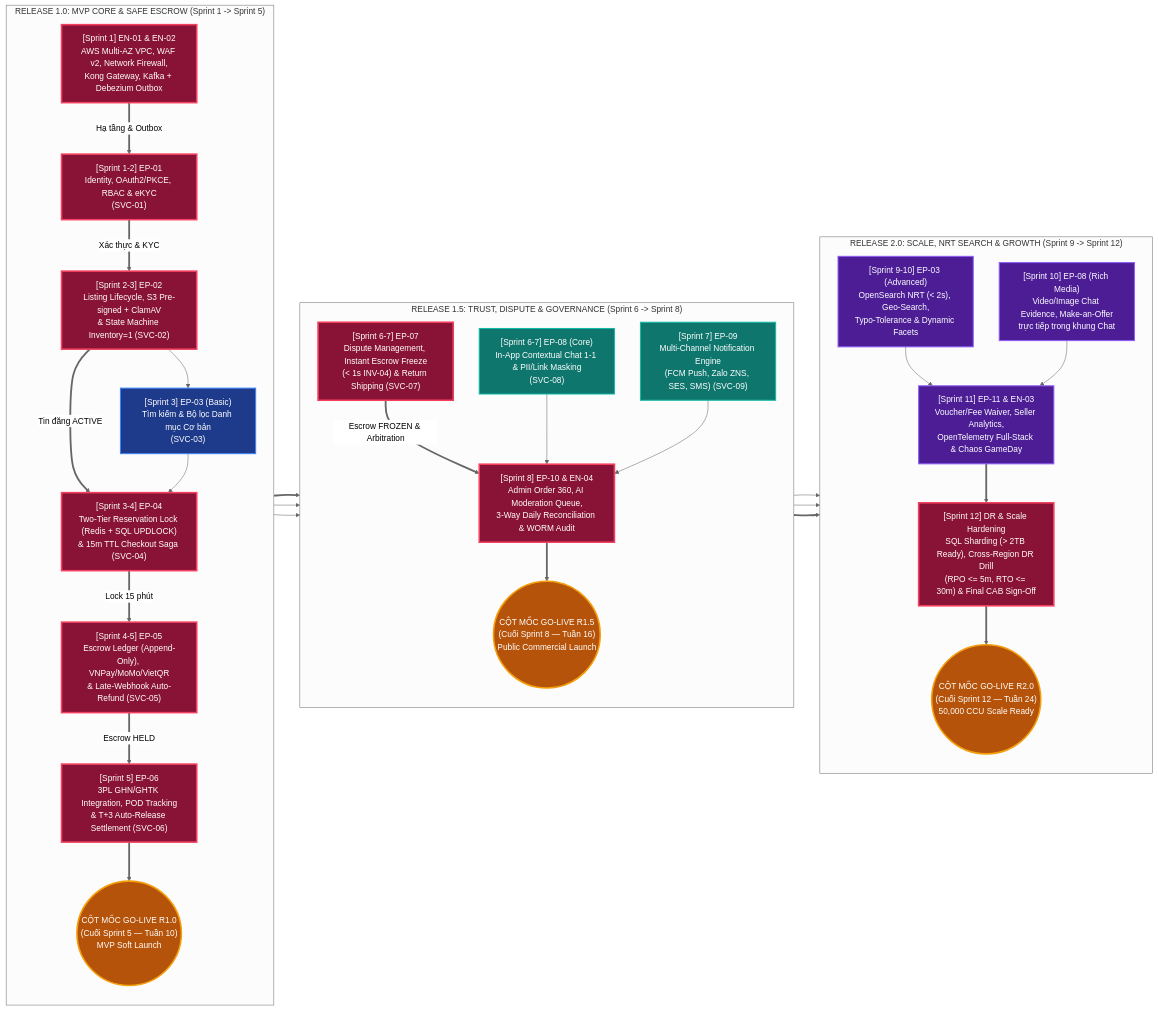
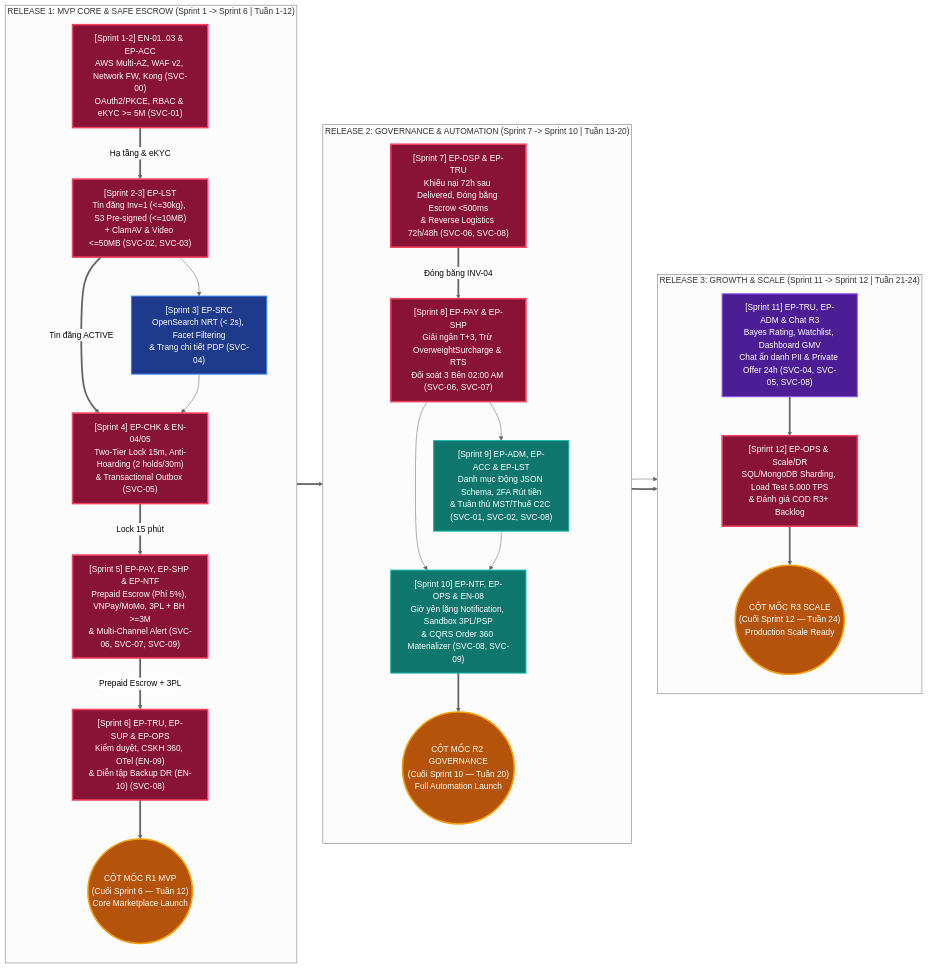
The fourth of 4 diagrams in docs/BA/09_architecture-and-process-diagrams/ci-cd-deployment-and-release-roadmap-diagrams.md (toanteng11/remarket-platform-system), drawn with Mermaid (neutral theme) before and after one commit. The commit also changed other lines of this file and 13 other files, not shown here.

Commit message:
docs(ba): harmonize business rules, resolve edge-case loopholes, and optimize architecture diagrams

````diff
--- a/docs/BA/09_architecture-and-process-diagrams/ci-cd-deployment-and-release-roadmap-diagrams.md
+++ b/docs/BA/09_architecture-and-process-diagrams/ci-cd-deployment-and-release-roadmap-diagrams.md
@@ -198,64 +198,56 @@
 ```mermaid
 flowchart LR
     classDef crit fill:#881337,stroke:#f43f5e,color:#ffffff,stroke-width:3px
     classDef r1 fill:#1e3a8a,stroke:#3b82f6,color:#ffffff,stroke-width:2px
     classDef r2 fill:#0f766e,stroke:#14b8a6,color:#ffffff,stroke-width:2px
     classDef r3 fill:#4c1d95,stroke:#8b5cf6,color:#ffffff,stroke-width:2px
     classDef mile fill:#b45309,stroke:#f59e0b,color:#ffffff,stroke-width:3px
 
-    subgraph SG_R1["RELEASE 1.0: MVP CORE & SAFE ESCROW (Sprint 1 -> Sprint 5)"]
+    subgraph SG_R1["RELEASE 1: MVP CORE & SAFE ESCROW (Sprint 1 -> Sprint 6 | Tuần 1-12)"]
         direction TB
-        S1_EN01["[Sprint 1] EN-01 & EN-02<br/>AWS Multi-AZ VPC, WAF v2, Network Firewall,<br/>Kong Gateway, Kafka + Debezium Outbox"]:::crit
-        S1_EP01["[Sprint 1-2] EP-01<br/>Identity, OAuth2/PKCE, RBAC & eKYC<br/>(SVC-01)"]:::crit
-        S2_EP02["[Sprint 2-3] EP-02<br/>Listing Lifecycle, S3 Pre-signed + ClamAV<br/>& State Machine Inventory=1 (SVC-02)"]:::crit
-        S3_EP03_BASIC["[Sprint 3] EP-03 (Basic)<br/>Tìm kiếm & Bộ lọc Danh mục Cơ bản<br/>(SVC-03)"]:::r1
-        S3_EP04["[Sprint 3-4] EP-04<br/>Two-Tier Reservation Lock (Redis + SQL UPDLOCK)<br/>& 15m TTL Checkout Saga (SVC-04)"]:::crit
-        S4_EP05["[Sprint 4-5] EP-05<br/>Escrow Ledger (Append-Only), VNPay/MoMo/VietQR<br/>& Late-Webhook Auto-Refund (SVC-05)"]:::crit
-        S5_EP06["[Sprint 5] EP-06<br/>3PL GHN/GHTK Integration, POD Tracking<br/>& T+3 Auto-Release Settlement (SVC-06)"]:::crit
-        M1(("CỘT MỐC GO-LIVE R1.0<br/>(Cuối Sprint 5 — Tuần 10)<br/>MVP Soft Launch")):::mile
+        S1_ACC["[Sprint 1-2] EN-01..03 & EP-ACC<br/>AWS Multi-AZ, WAF v2, Network FW, Kong (SVC-00)<br/>OAuth2/PKCE, RBAC & eKYC >= 5M (SVC-01)"]:::crit
+        S2_LST["[Sprint 2-3] EP-LST<br/>Tin đăng Inv=1 (<=30kg), S3 Pre-signed (<=10MB)<br/>+ ClamAV & Video <=50MB (SVC-02, SVC-03)"]:::crit
+        S3_SRC["[Sprint 3] EP-SRC<br/>OpenSearch NRT (< 2s), Facet Filtering<br/>& Trang chi tiết PDP (SVC-04)"]:::r1
+        S4_CHK["[Sprint 4] EP-CHK & EN-04/05<br/>Two-Tier Lock 15m, Anti-Hoarding (2 holds/30m)<br/>& Transactional Outbox (SVC-05)"]:::crit
+        S5_PAY["[Sprint 5] EP-PAY, EP-SHP & EP-NTF<br/>Prepaid Escrow (Phí 5%), VNPay/MoMo, 3PL + BH >=3M<br/>& Multi-Channel Alert (SVC-06, SVC-07, SVC-09)"]:::crit
+        S6_SUP["[Sprint 6] EP-TRU, EP-SUP & EP-OPS<br/>Kiểm duyệt, CSKH 360, OTel (EN-09)<br/>& Diễn tập Backup DR (EN-10) (SVC-08)"]:::crit
+        M1(("CỘT MỐC R1 MVP<br/>(Cuối Sprint 6 — Tuần 12)<br/>Core Marketplace Launch")):::mile
     end
 
-    subgraph SG_R2["RELEASE 1.5: TRUST, DISPUTE & GOVERNANCE (Sprint 6 -> Sprint 8)"]
+    subgraph SG_R2["RELEASE 2: GOVERNANCE & AUTOMATION (Sprint 7 -> Sprint 10 | Tuần 13-20)"]
         direction TB
-        S6_EP07["[Sprint 6-7] EP-07<br/>Dispute Management, Instant Escrow Freeze<br/>(< 1s INV-04) & Return Shipping (SVC-07)"]:::crit
-        S6_EP08_BASIC["[Sprint 6-7] EP-08 (Core)<br/>In-App Contextual Chat 1-1 & PII/Link Masking<br/>(SVC-08)"]:::r2
-        S7_EP09["[Sprint 7] EP-09<br/>Multi-Channel Notification Engine<br/>(FCM Push, Zalo ZNS, SES, SMS) (SVC-09)"]:::r2
-        S8_EP10["[Sprint 8] EP-10 & EN-04<br/>Admin Order 360, AI Moderation Queue,<br/>3-Way Daily Reconciliation & WORM Audit"]:::crit
-        M2(("CỘT MỐC GO-LIVE R1.5<br/>(Cuối Sprint 8 — Tuần 16)<br/>Public Commercial Launch")):::mile
+        S7_DSP["[Sprint 7] EP-DSP & EP-TRU<br/>Khiếu nại 72h sau Delivered, Đóng băng Escrow <500ms<br/>& Reverse Logistics 72h/48h (SVC-06, SVC-08)"]:::crit
+        S8_REC["[Sprint 8] EP-PAY & EP-SHP<br/>Giải ngân T+3, Trừ OverweightSurcharge & RTS<br/>Đối soát 3 Bên 02:00 AM (SVC-06, SVC-07)"]:::crit
+        S9_ADM["[Sprint 9] EP-ADM, EP-ACC & EP-LST<br/>Danh mục Động JSON Schema, 2FA Rút tiền<br/>& Tuân thủ MST/Thuế C2C (SVC-01, SVC-02, SVC-08)"]:::r2
+        S10_OPT["[Sprint 10] EP-NTF, EP-OPS & EN-08<br/>Giờ yên lặng Notification, Sandbox 3PL/PSP<br/>& CQRS Order 360 Materializer (SVC-08, SVC-09)"]:::r2
+        M2(("CỘT MỐC R2 GOVERNANCE<br/>(Cuối Sprint 10 — Tuần 20)<br/>Full Automation Launch")):::mile
     end
 
-    subgraph SG_R3["RELEASE 2.0: SCALE, NRT SEARCH & GROWTH (Sprint 9 -> Sprint 12)"]
+    subgraph SG_R3["RELEASE 3: GROWTH & SCALE (Sprint 11 -> Sprint 12 | Tuần 21-24)"]
         direction TB
-        S9_EP03_ADV["[Sprint 9-10] EP-03 (Advanced)<br/>OpenSearch NRT (< 2s), Geo-Search,<br/>Typo-Tolerance & Dynamic Facets"]:::r3
-        S10_EP08_ADV["[Sprint 10] EP-08 (Rich Media)<br/>Video/Image Chat Evidence, Make-an-Offer<br/>trực tiếp trong khung Chat"]:::r3
-        S11_EP11["[Sprint 11] EP-11 & EN-03<br/>Voucher/Fee Waiver, Seller Analytics,<br/>OpenTelemetry Full-Stack & Chaos GameDay"]:::r3
-        S12_DR["[Sprint 12] DR & Scale Hardening<br/>SQL Sharding (> 2TB Ready), Cross-Region DR Drill<br/>(RPO <= 5m, RTO <= 30m) & Final CAB Sign-Off"]:::crit
-        M3(("CỘT MỐC GO-LIVE R2.0<br/>(Cuối Sprint 12 — Tuần 24)<br/>50,000 CCU Scale Ready")):::mile
+        S11_GRO["[Sprint 11] EP-TRU, EP-ADM & Chat R3<br/>Bayes Rating, Watchlist, Dashboard GMV<br/>Chat ẩn danh PII & Private Offer 24h (SVC-04, SVC-05, SVC-08)"]:::r3
+        S12_DR["[Sprint 12] EP-OPS & Scale/DR<br/>SQL/MongoDB Sharding, Load Test 5.000 TPS<br/>& Đánh giá COD R3+ Backlog"]:::crit
+        M3(("CỘT MỐC R3 SCALE<br/>(Cuối Sprint 12 — Tuần 24)<br/>Production Scale Ready")):::mile
     end
 
     %% Đường găng (Critical Path)
-    S1_EN01 ==>|"Hạ tầng & Outbox"| S1_EP01
-    S1_EP01 ==>|"Xác thực & KYC"| S2_EP02
-    S2_EP02 ==>|"Tin đăng ACTIVE"| S3_EP04
-    S2_EP02 --> S3_EP03_BASIC
-    S3_EP03_BASIC --> S3_EP04
-    S3_EP04 ==>|"Lock 15 phút"| S4_EP05
-    S4_EP05 ==>|"Escrow HELD"| S5_EP06
-    S5_EP06 ==> M1
+    S1_ACC ==>|"Hạ tầng & eKYC"| S2_LST
+    S2_LST ==>|"Tin đăng ACTIVE"| S4_CHK
+    S2_LST --> S3_SRC
+    S3_SRC --> S4_CHK
+    S4_CHK ==>|"Lock 15 phút"| S5_PAY
+    S5_PAY ==>|"Prepaid Escrow + 3PL"| S6_SUP
+    S6_SUP ==> M1
 
-    M1 ==> S6_EP07
-    M1 --> S6_EP08_BASIC
-    M1 --> S7_EP09
-    S6_EP07 ==>|"Escrow FROZEN & Arbitration"| S8_EP10
-    S6_EP08_BASIC --> S8_EP10
-    S7_EP09 --> S8_EP10
-    S8_EP10 ==> M2
+    M1 ==> S7_DSP
+    S7_DSP ==>|"Đóng băng INV-04"| S8_REC
+    S8_REC --> S9_ADM
+    S8_REC --> S10_OPT
+    S9_ADM --> S10_OPT
+    S10_OPT ==> M2
 
-    M2 --> S9_EP03_ADV
-    M2 --> S10_EP08_ADV
-    S9_EP03_ADV --> S11_EP11
-    S10_EP08_ADV --> S11_EP11
+    M2 --> S11_GRO
     M2 ==> S12_DR
-    S11_EP11 ==> S12_DR
+    S11_GRO ==> S12_DR
     S12_DR ==> M3
 ```
````
